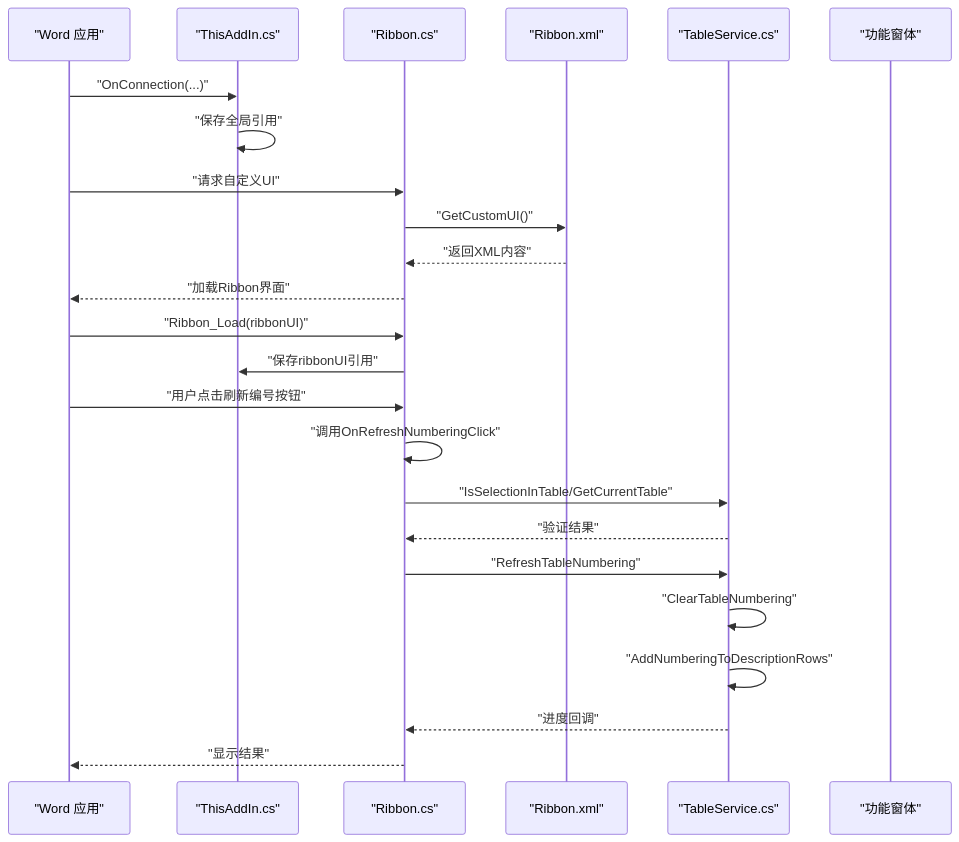
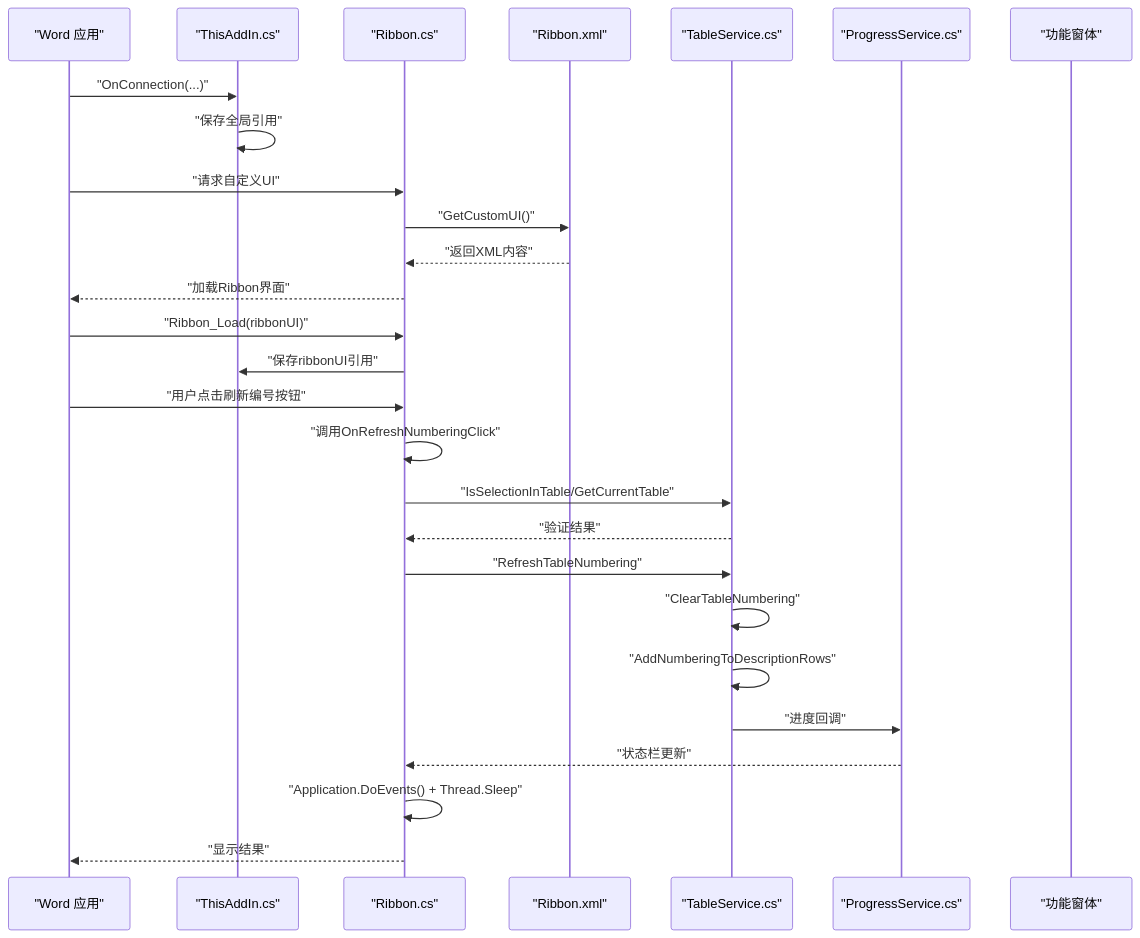
One commit to rainiva/WordTools changed the second of 13 diagrams in .qoder/repowiki/zh/content/架构设计/Ribbon界面系统.md. Above: the diagram before and after it, drawn with Mermaid. The commit also changed other lines of this file and 5 other files, not shown here.

````diff
--- a/.qoder/repowiki/zh/content/架构设计/Ribbon界面系统.md
+++ b/.qoder/repowiki/zh/content/架构设计/Ribbon界面系统.md
@@ -102,26 +107,29 @@
 ```mermaid
 sequenceDiagram
 participant Word as "Word 应用"
 participant AddIn as "ThisAddIn.cs"
 participant Ribbon as "Ribbon.cs"
 participant XML as "Ribbon.xml"
 participant TableService as "TableService.cs"
+participant ProgressService as "ProgressService.cs"
 participant Form as "功能窗体"
 Word->>AddIn : "OnConnection(...)"
 AddIn->>AddIn : "保存全局引用"
 Word->>Ribbon : "请求自定义UI"
 Ribbon->>XML : "GetCustomUI()"
 XML-->>Ribbon : "返回XML内容"
 Ribbon-->>Word : "加载Ribbon界面"
 Word->>Ribbon : "Ribbon_Load(ribbonUI)"
 Ribbon->>AddIn : "保存ribbonUI引用"
 Word->>Ribbon : "用户点击刷新编号按钮"
 Ribbon->>Ribbon : "调用OnRefreshNumberingClick"
 Ribbon->>TableService : "IsSelectionInTable/GetCurrentTable"
 TableService-->>Ribbon : "验证结果"
 Ribbon->>TableService : "RefreshTableNumbering"
 TableService->>TableService : "ClearTableNumbering"
 TableService->>TableService : "AddNumberingToDescriptionRows"
-TableService-->>Ribbon : "进度回调"
+TableService->>ProgressService : "进度回调"
+ProgressService-->>Ribbon : "状态栏更新"
+Ribbon->>Ribbon : "Application.DoEvents() + Thread.Sleep"
 Ribbon-->>Word : "显示结果"
 ```
````
